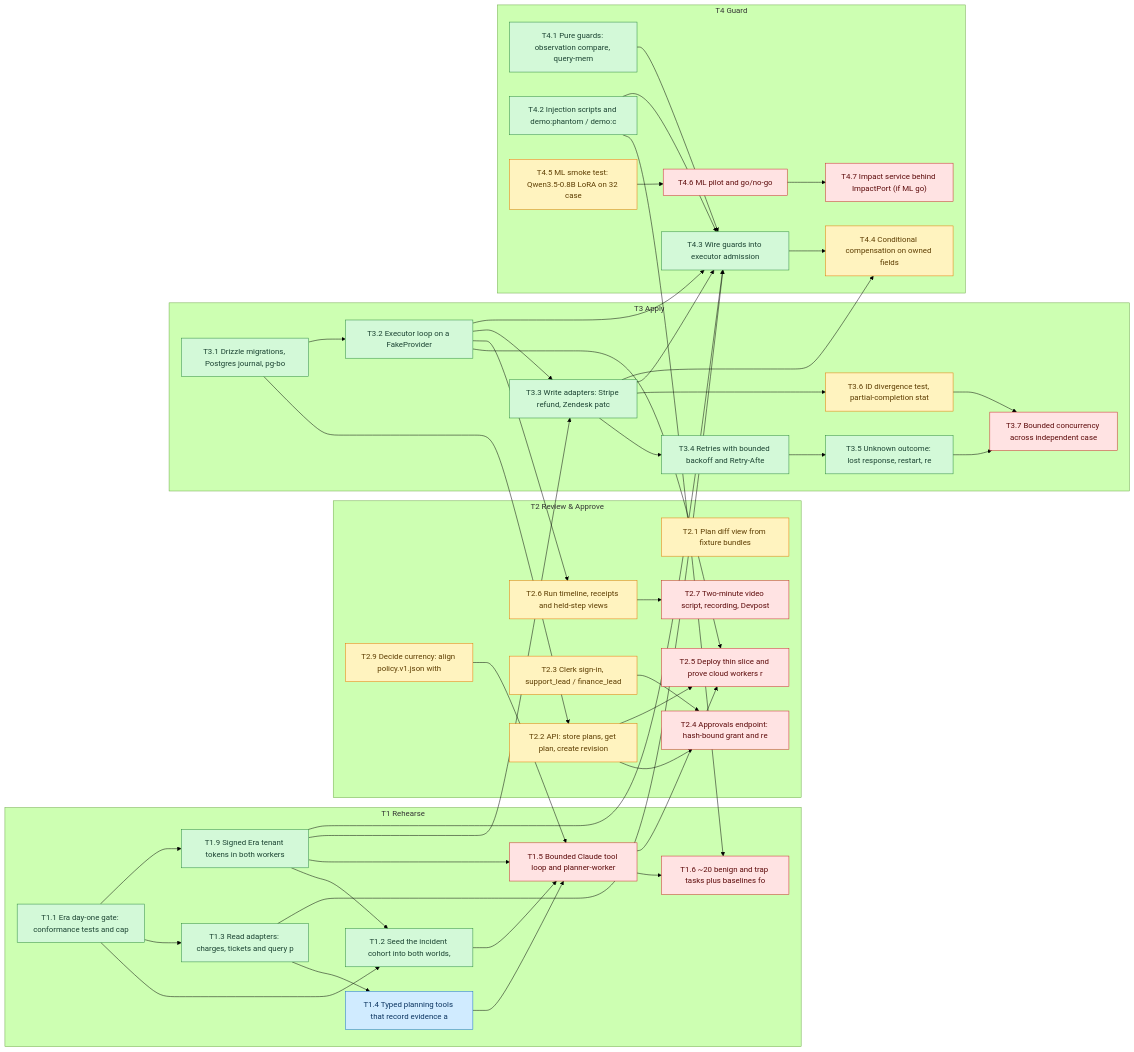
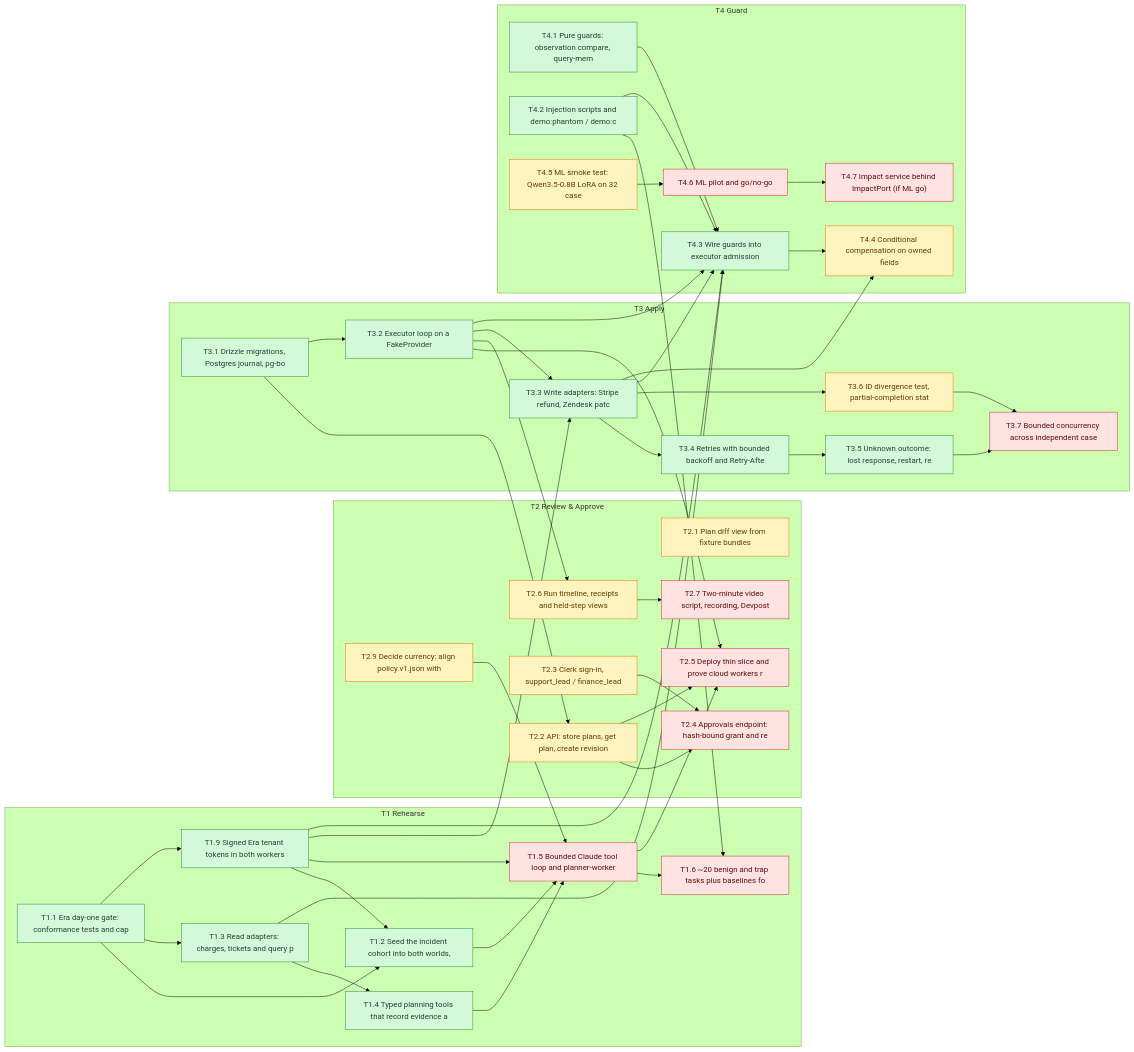
Before and after one commit to SoroushRF/Rehearsal: the diagram in BLOCKERS.md, drawn with Mermaid (forest theme). The commit also changed other lines of this file, not shown here.

````diff
--- a/BLOCKERS.md
+++ b/BLOCKERS.md
@@ -84,82 +84,82 @@
 ```mermaid
 flowchart LR
   classDef done fill:#d3f9d8,stroke:#2b8a3e,color:#1b4332
   classDef review fill:#d0ebff,stroke:#1971c2,color:#0b3460
   classDef progress fill:#e5dbff,stroke:#5f3dc4,color:#2b1a66
   classDef ready fill:#fff3bf,stroke:#e67700,color:#5c3c00
   classDef blocked fill:#ffe3e3,stroke:#c92a2a,color:#5c0a0a
   subgraph T1[T1 Rehearse]
     T1_1["T1.1 Era day-one gate: conformance tests and cap"]:::done
     T1_2["T1.2 Seed the incident cohort into both worlds, "]:::done
     T1_3["T1.3 Read adapters: charges, tickets and query p"]:::done
-    T1_4["T1.4 Typed planning tools that record evidence a"]:::review
+    T1_4["T1.4 Typed planning tools that record evidence a"]:::done
     T1_5["T1.5 Bounded Claude tool loop and planner-worker"]:::blocked
     T1_6["T1.6 ~20 benign and trap tasks plus baselines fo"]:::blocked
     T1_9["T1.9 Signed Era tenant tokens in both workers"]:::done
   end
   subgraph T2[T2 Review & Approve]
     T2_1["T2.1 Plan diff view from fixture bundles"]:::ready
     T2_2["T2.2 API: store plans, get plan, create revision"]:::ready
     T2_3["T2.3 Clerk sign-in, support_lead / finance_lead "]:::ready
     T2_4["T2.4 Approvals endpoint: hash-bound grant and re"]:::blocked
     T2_5["T2.5 Deploy thin slice and prove cloud workers r"]:::blocked
     T2_6["T2.6 Run timeline, receipts and held-step views "]:::ready
     T2_7["T2.7 Two-minute video script, recording, Devpost"]:::blocked
     T2_9["T2.9 Decide currency: align policy.v1.json with "]:::ready
   end
   subgraph T3[T3 Apply]
     T3_1["T3.1 Drizzle migrations, Postgres journal, pg-bo"]:::done
     T3_2["T3.2 Executor loop on a FakeProvider"]:::done
     T3_3["T3.3 Write adapters: Stripe refund, Zendesk patc"]:::done
     T3_4["T3.4 Retries with bounded backoff and Retry-Afte"]:::done
     T3_5["T3.5 Unknown outcome: lost response, restart, re"]:::done
     T3_6["T3.6 ID divergence test, partial-completion stat"]:::ready
     T3_7["T3.7 Bounded concurrency across independent case"]:::blocked
   end
   subgraph T4[T4 Guard]
     T4_1["T4.1 Pure guards: observation compare, query-mem"]:::done
     T4_2["T4.2 Injection scripts and demo:phantom / demo:c"]:::done
     T4_3["T4.3 Wire guards into executor admission"]:::done
     T4_4["T4.4 Conditional compensation on owned fields"]:::ready
     T4_5["T4.5 ML smoke test: Qwen3.5-0.8B LoRA on 32 case"]:::ready
     T4_6["T4.6 ML pilot and go/no-go"]:::blocked
     T4_7["T4.7 Impact service behind ImpactPort (if ML go)"]:::blocked
   end
   T1_1 --> T1_2
   T1_9 --> T1_2
   T1_1 --> T1_3
   T1_3 --> T1_4
   T1_2 --> T1_5
   T1_4 --> T1_5
   T1_9 --> T1_5
   T2_9 --> T1_5
   T1_5 --> T1_6
   T4_2 --> T1_6
   T1_1 --> T1_9
   T3_1 --> T2_2
   T2_2 --> T2_4
   T2_3 --> T2_4
   T2_2 --> T2_5
   T1_5 --> T2_5
   T3_2 --> T2_5
   T3_2 --> T2_6
   T2_6 --> T2_7
   T3_1 --> T3_2
   T3_2 --> T3_3
   T1_9 --> T3_3
   T3_3 --> T3_4
   T3_4 --> T3_5
   T3_3 --> T3_6
   T3_5 --> T3_7
   T3_6 --> T3_7
   T4_1 --> T4_3
   T4_2 --> T4_3
   T3_2 --> T4_3
   T1_3 --> T4_3
   T3_3 --> T4_3
   T1_9 --> T4_3
   T4_3 --> T4_4
   T3_3 --> T4_4
   T4_5 --> T4_6
   T4_6 --> T4_7
 ```
````
